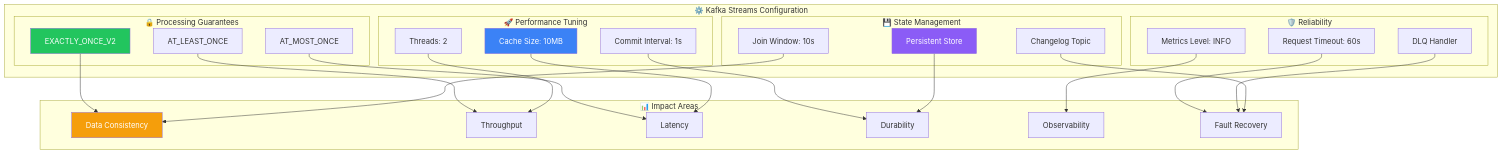
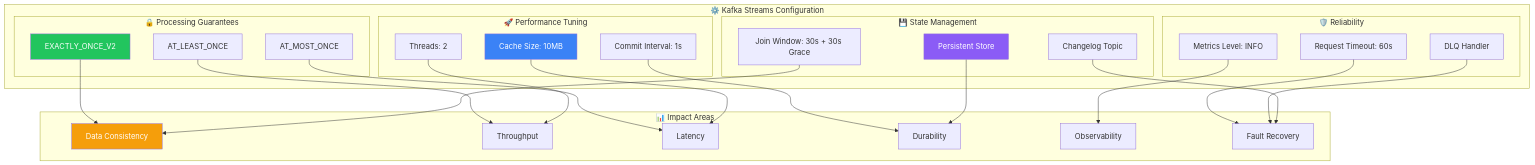
One commit to rajadilipkolli/spring-boot-microservices-series-v2 changed the first of 4 diagrams in order-service/docs/kafka-streams/02-configuration-and-setup.md. Above: the diagram before and after it, drawn with Mermaid. The commit also changed other lines of this file and 51 other files, not shown here.

````diff
--- a/order-service/docs/kafka-streams/02-configuration-and-setup.md
+++ b/order-service/docs/kafka-streams/02-configuration-and-setup.md
@@ -16,58 +16,58 @@
 ```mermaid
 graph TD
     subgraph "⚙️ Kafka Streams Configuration"
         subgraph "🔒 Processing Guarantees"
             EO[EXACTLY_ONCE_V2]
             ALO[AT_LEAST_ONCE]
             AMO[AT_MOST_ONCE]
         end
         
         subgraph "🚀 Performance Tuning"
             CACHE[Cache Size: 10MB]
             THREADS[Threads: 2]
             COMMIT[Commit Interval: 1s]
         end
         
         subgraph "🛡️ Reliability"
             TIMEOUT[Request Timeout: 60s]
             METRICS[Metrics Level: INFO]
             DLQ_CONFIG[DLQ Handler]
         end
         
         subgraph "💾 State Management"
             STORE[Persistent Store]
             CHANGELOG[Changelog Topic]
-            WINDOW_CONFIG[Join Window: 10s]
+            WINDOW_CONFIG[Join Window: 30s + 30s Grace]
         end
     end
     
     subgraph "📊 Impact Areas"
         CONSISTENCY[Data Consistency]
         THROUGHPUT[Throughput]
         LATENCY[Latency]
         DURABILITY[Durability]
         MONITORING[Observability]
         RECOVERY[Fault Recovery]
     end
     
     EO --> CONSISTENCY
     ALO --> THROUGHPUT
     AMO --> LATENCY
     
     CACHE --> LATENCY
     THREADS --> THROUGHPUT
     COMMIT --> DURABILITY
     
     TIMEOUT --> RECOVERY
     METRICS --> MONITORING
     DLQ_CONFIG --> RECOVERY
     
     STORE --> DURABILITY
     CHANGELOG --> RECOVERY
     WINDOW_CONFIG --> CONSISTENCY
     
     style EO fill:#22c55e,color:#ffffff
     style CACHE fill:#3b82f6,color:#ffffff
     style STORE fill:#8b5cf6,color:#ffffff
     style CONSISTENCY fill:#f59e0b,color:#ffffff
 ```
````
